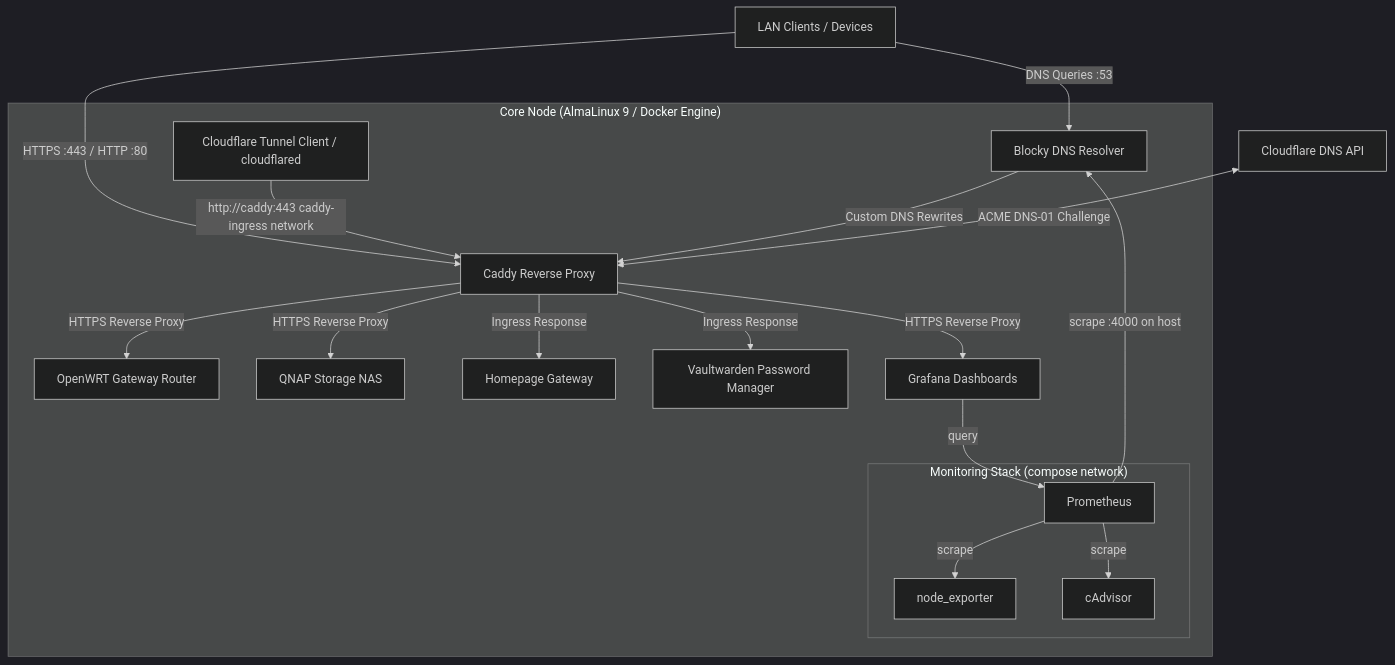
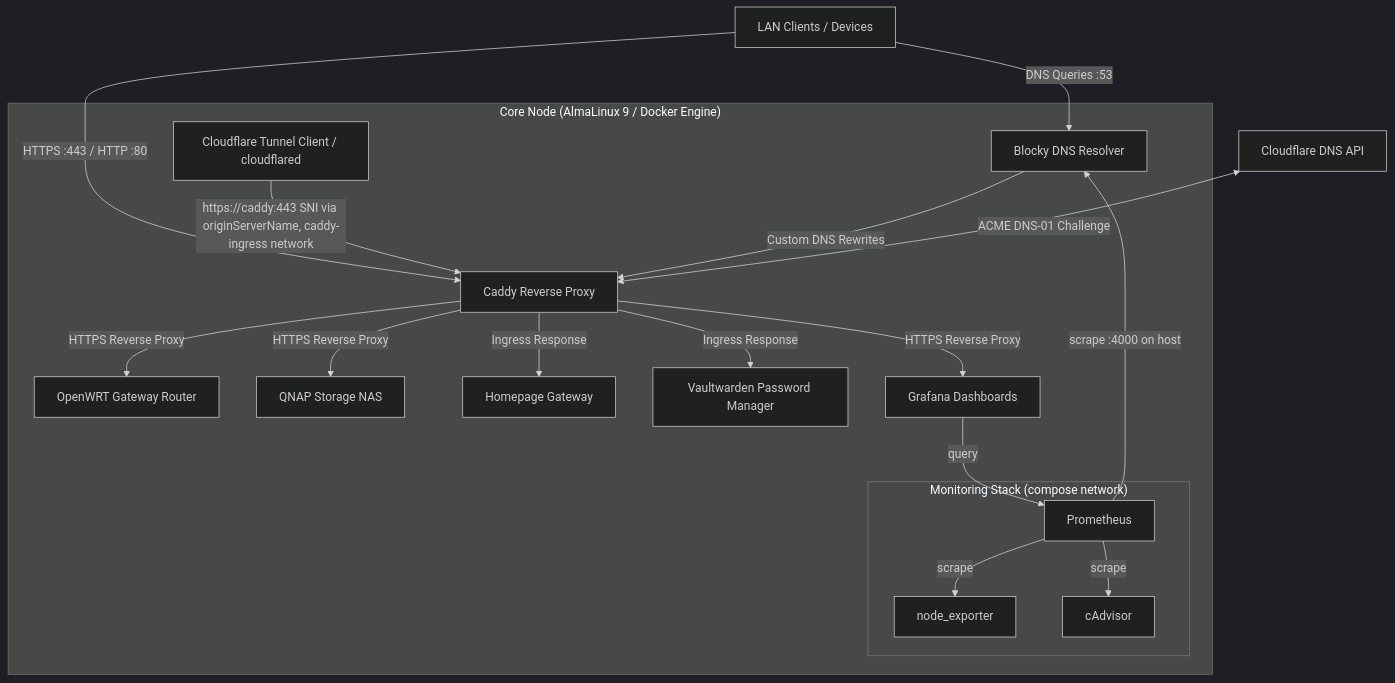
Before and after one commit to KrzysztofKaletkaDev/ansible-homelab-template: the diagram in README.md, drawn with Mermaid (dark theme). The commit also changed other lines of this file and 9 other files, not shown here.

````diff
--- a/README.md
+++ b/README.md
@@ -13,24 +13,24 @@
 ```mermaid
 graph TD
     Client[LAN Clients / Devices] -->|DNS Queries :53| Blocky[Blocky DNS Resolver]
     Client -->|HTTPS :443 / HTTP :80| Caddy[Caddy Reverse Proxy]
 
     subgraph core_node ["Core Node (AlmaLinux 9 / Docker Engine)"]
-        CloudflareTunnel[Cloudflare Tunnel Client / cloudflared] -->|http://caddy:443 caddy-ingress network| Caddy
+        CloudflareTunnel[Cloudflare Tunnel Client / cloudflared] -->|https://caddy:443 SNI via originServerName, caddy-ingress network| Caddy
         Blocky -->|Custom DNS Rewrites| Caddy
         Caddy -->|HTTPS Reverse Proxy| OpenWRT[OpenWRT Gateway Router]
         Caddy -->|HTTPS Reverse Proxy| QNAP[QNAP Storage NAS]
         Caddy -->|Ingress Response| Homepage[Homepage Gateway]
         Caddy -->|Ingress Response| Vaultwarden[Vaultwarden Password Manager]
         Caddy -->|HTTPS Reverse Proxy| Grafana[Grafana Dashboards]
 
         subgraph monitoring ["Monitoring Stack (compose network)"]
             Prometheus[Prometheus] -->|scrape| NodeExporter[node_exporter]
             Prometheus -->|scrape| Cadvisor[cAdvisor]
         end
         Grafana -->|query| Prometheus
         Prometheus -->|scrape :4000 on host| Blocky
     end
 
     Cloudflare[Cloudflare DNS API] <-->|ACME DNS-01 Challenge| Caddy
 ```
````
